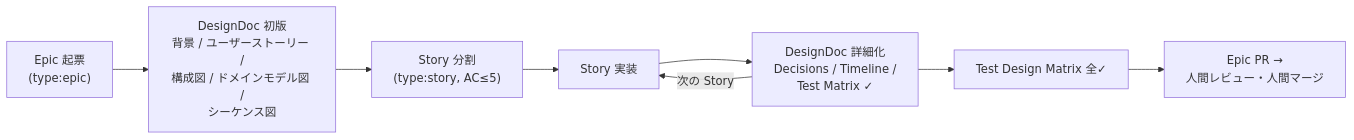
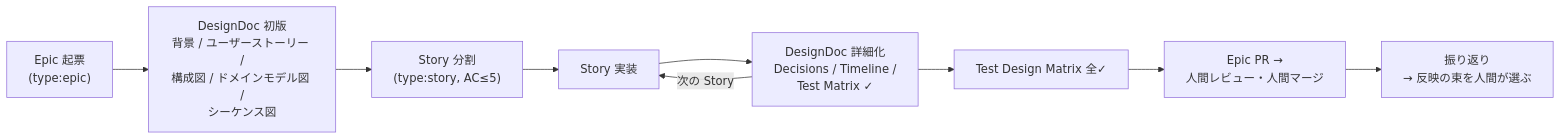
Before and after one commit to etoyama/insight-blueprint-skills: the second of 2 diagrams in docs/WORKFLOW.md, drawn with Mermaid. The commit also changed other lines of this file and 6 other files, not shown here.

First line of the commit message:
docs(flow): DesignDoc 初版の判断の順と、Epic の後の振り返りを取り込む（FLOW-0009・0010） (#203)

````diff
--- a/docs/WORKFLOW.md
+++ b/docs/WORKFLOW.md
@@ -68,10 +68,11 @@
 ```mermaid
 flowchart LR
     A["Epic 起票<br/>(type:epic)"] --> B["DesignDoc 初版<br/>背景 / ユーザーストーリー /<br/>構成図 / ドメインモデル図 /<br/>シーケンス図"]
     B --> C["Story 分割<br/>(type:story, AC≤5)"]
     C --> D["Story 実装"]
     D --> E["DesignDoc 詳細化<br/>Decisions / Timeline /<br/>Test Matrix ✓"]
     E -->|次の Story| D
     E --> F["Test Design Matrix 全✓"]
     F --> G["Epic PR →<br/>人間レビュー・人間マージ"]
+    G --> H["振り返り<br/>→ 反映の束を人間が選ぶ"]
 ```
````
